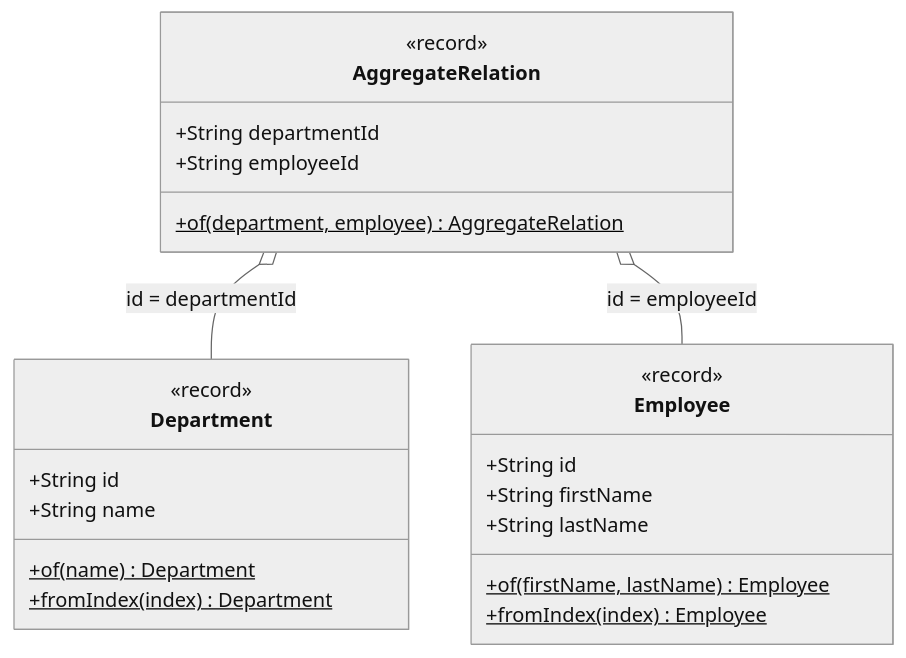
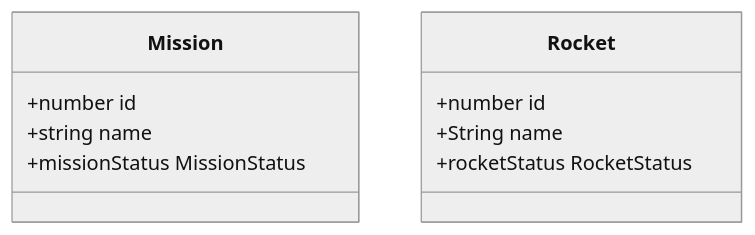
The second of 2 diagrams in docs/classDiagram.md (Ee-Cs/RecruitmentTaskS2), drawn with Mermaid (neutral theme) before and after one commit. The commit also changed other lines of this file, not shown here.

````diff
--- a/docs/classDiagram.md
+++ b/docs/classDiagram.md
@@ -7,29 +7,15 @@
 ```mermaid
 classDiagram
-class Department {
- <<record>>
- +String id
- +String name
- +of(name)$ Department
- +fromIndex(index)$ Department
+class Mission {
+ +number id
+ +string name
+ +missionStatus MissionStatus 
 }
 
-class Employee {
- <<record>>
- +String id
- +String firstName
- +String lastName
- +of(firstName, lastName)$ Employee
- +fromIndex(index)$ Employee
+class Rocket {
+ +number id
+ +String name
+ +rocketStatus RocketStatus 
 }
  
-class AggregateRelation {
- <<record>>
- +String departmentId
- +String employeeId
- +of(department, employee)$ AggregateRelation
-}
- 
-AggregateRelation o-- Department : id = departmentId
-AggregateRelation o-- Employee : id = employeeId
 ```
````
